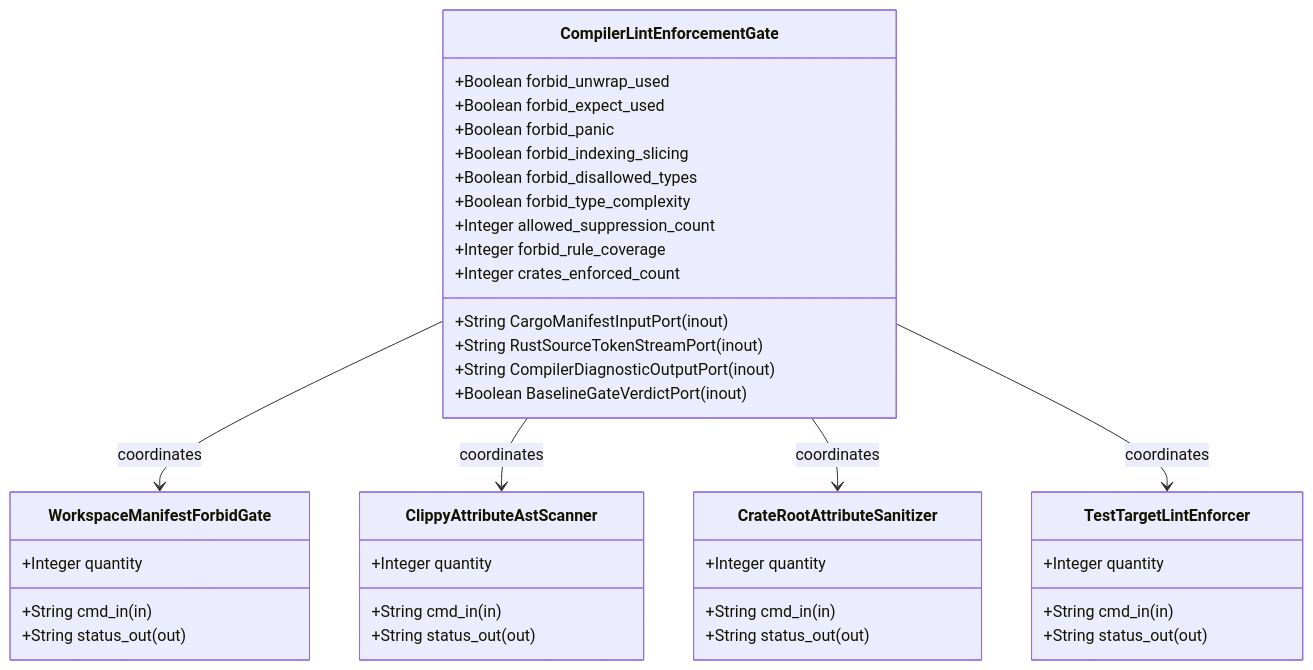
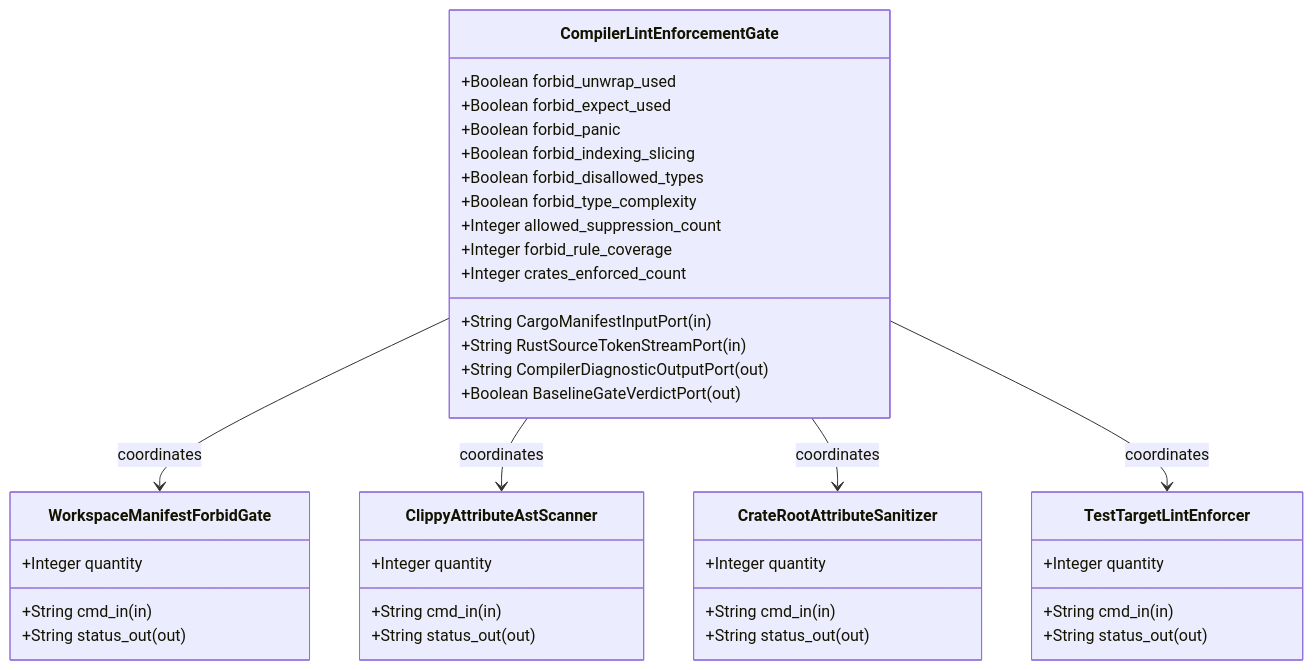
The first of 2 diagrams in .pipeline/upstream/docs/epics/EPIC-01-BP_01_Compiler_Enforced_Forbid_Lint_Gate_and_Zero_Suppression_AST_Architecture_Blueprint.md (gintatkinson/DEAP01-spec-core), drawn with Mermaid before and after one commit. The commit also changed other lines of this file and 213 other files, not shown here.

````diff
--- a/.pipeline/upstream/docs/epics/EPIC-01-BP_01_Compiler_Enforced_Forbid_Lint_Gate_and_Zero_Suppression_AST_Architecture_Blueprint.md
+++ b/.pipeline/upstream/docs/epics/EPIC-01-BP_01_Compiler_Enforced_Forbid_Lint_Gate_and_Zero_Suppression_AST_Architecture_Blueprint.md
@@ -56,42 +56,42 @@
 ```mermaid
 classDiagram
     class CompilerLintEnforcementGate {
-        +String CargoManifestInputPort (inout)
-        +String RustSourceTokenStreamPort (inout)
-        +String CompilerDiagnosticOutputPort (inout)
-        +Boolean BaselineGateVerdictPort (inout)
+        +String CargoManifestInputPort (in)
+        +String RustSourceTokenStreamPort (in)
+        +String CompilerDiagnosticOutputPort (out)
+        +Boolean BaselineGateVerdictPort (out)
         +Boolean forbid_unwrap_used
         +Boolean forbid_expect_used
         +Boolean forbid_panic
         +Boolean forbid_indexing_slicing
         +Boolean forbid_disallowed_types
         +Boolean forbid_type_complexity
         +Integer allowed_suppression_count
         +Integer forbid_rule_coverage
         +Integer crates_enforced_count
     }
     class WorkspaceManifestForbidGate {
         +String cmd_in (in)
         +String status_out (out)
         +Integer quantity
     }
     class ClippyAttributeAstScanner {
         +String cmd_in (in)
         +String status_out (out)
         +Integer quantity
     }
     class CrateRootAttributeSanitizer {
         +String cmd_in (in)
         +String status_out (out)
         +Integer quantity
     }
     class TestTargetLintEnforcer {
         +String cmd_in (in)
         +String status_out (out)
         +Integer quantity
     }
     CompilerLintEnforcementGate --> WorkspaceManifestForbidGate : coordinates
     CompilerLintEnforcementGate --> ClippyAttributeAstScanner : coordinates
     CompilerLintEnforcementGate --> CrateRootAttributeSanitizer : coordinates
     CompilerLintEnforcementGate --> TestTargetLintEnforcer : coordinates
 ```
````
